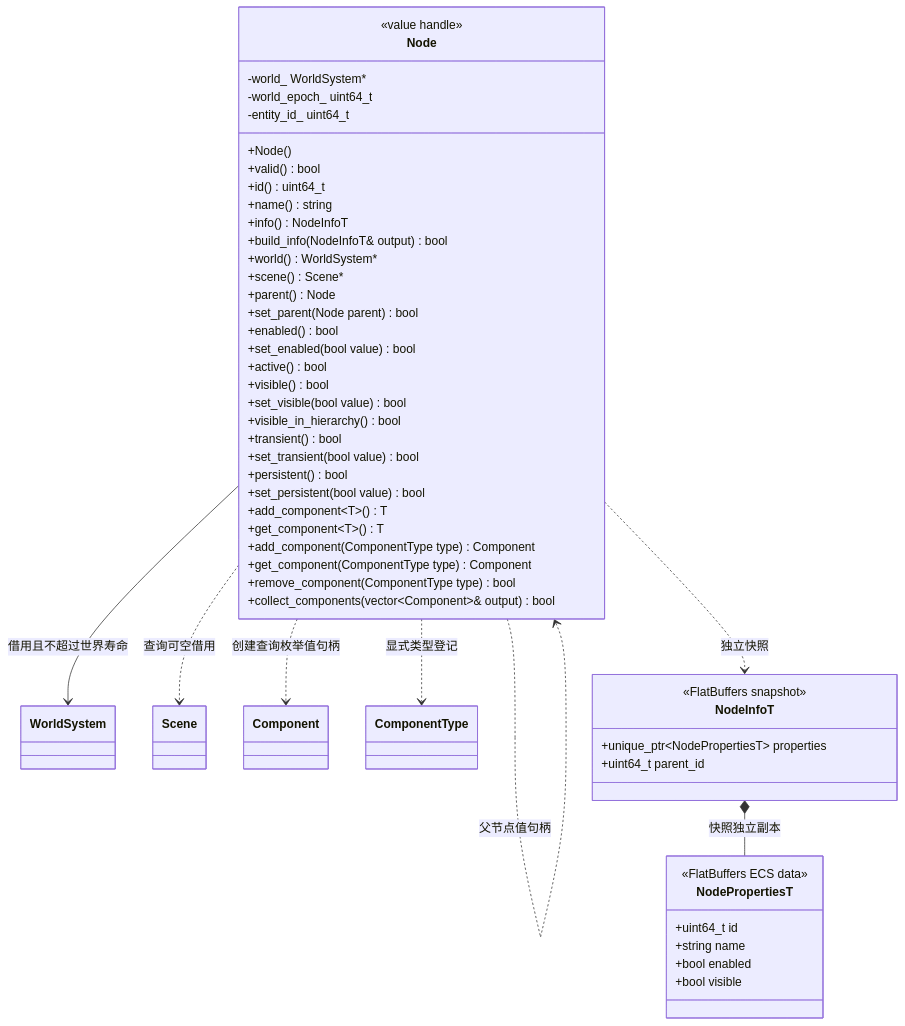
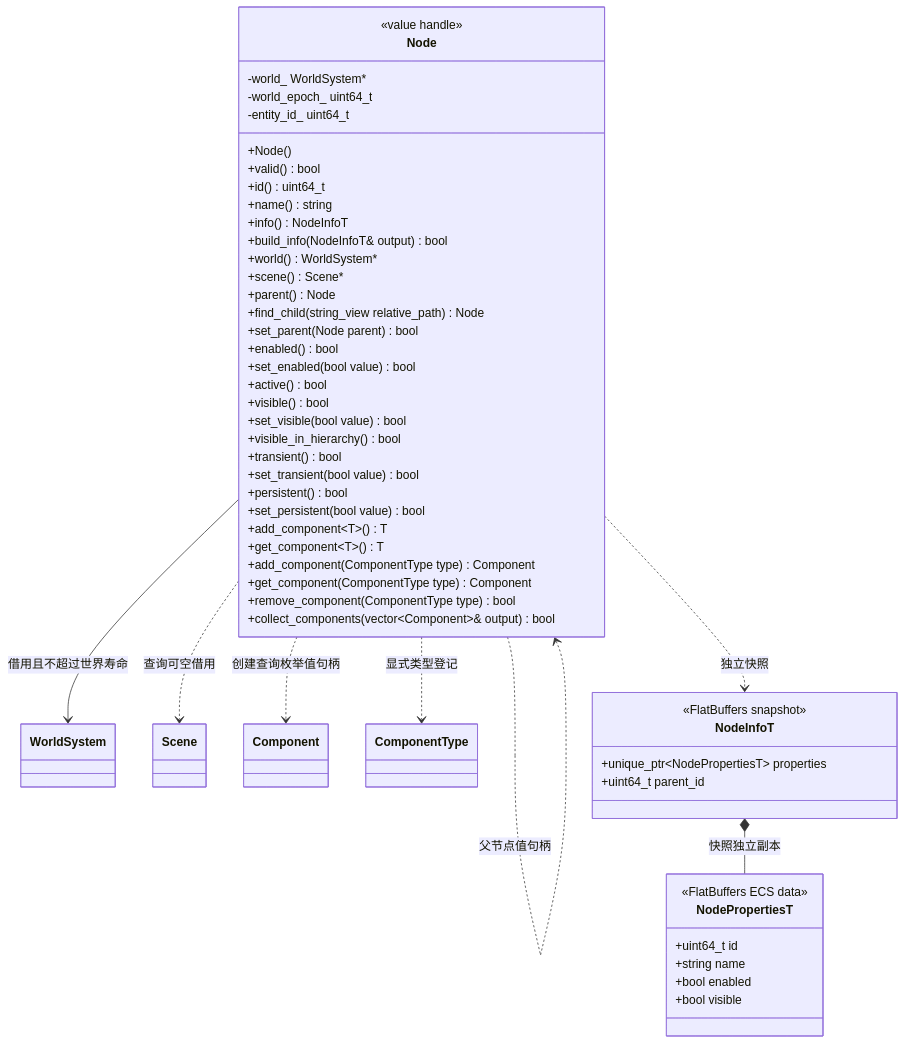
Before and after one commit to lcals/Engine: the diagram in docs/runtime/class-diagrams/node.md, drawn with Mermaid. The commit also changed other lines of this file and 46 other files, not shown here.

````diff
--- a/docs/runtime/class-diagrams/node.md
+++ b/docs/runtime/class-diagrams/node.md
@@ -5,58 +5,59 @@
 ```mermaid
 classDiagram
     class Node {
         <<value handle>>
         +Node()
         +valid() bool
         +id() uint64_t
         +name() string
         +info() NodeInfoT
         +build_info(NodeInfoT& output) bool
         +world() WorldSystem#42;
         +scene() Scene#42;
         +parent() Node
+        +find_child(string_view relative_path) Node
         +set_parent(Node parent) bool
         +enabled() bool
         +set_enabled(bool value) bool
         +active() bool
         +visible() bool
         +set_visible(bool value) bool
         +visible_in_hierarchy() bool
         +transient() bool
         +set_transient(bool value) bool
         +persistent() bool
         +set_persistent(bool value) bool
         +add_component~T~() T
         +get_component~T~() T
         +add_component(ComponentType type) Component
         +get_component(ComponentType type) Component
         +remove_component(ComponentType type) bool
         +collect_components(vector~Component~& output) bool
         -world_ WorldSystem#42;
         -world_epoch_ uint64_t
         -entity_id_ uint64_t
     }
     class WorldSystem
     class Scene
     class Component
     class ComponentType
     class NodeInfoT {
         <<FlatBuffers snapshot>>
         +unique_ptr~NodePropertiesT~ properties
         +uint64_t parent_id
     }
     class NodePropertiesT {
         <<FlatBuffers ECS data>>
         +uint64_t id
         +string name
         +bool enabled
         +bool visible
     }
     Node --> WorldSystem : 借用且不超过世界寿命
     Node ..> Scene : 查询可空借用
     Node ..> Node : 父节点值句柄
     Node ..> Component : 创建查询枚举值句柄
     Node ..> ComponentType : 显式类型登记
     Node ..> NodeInfoT : 独立快照
     NodeInfoT *-- NodePropertiesT : 快照独立副本
 ```
````
